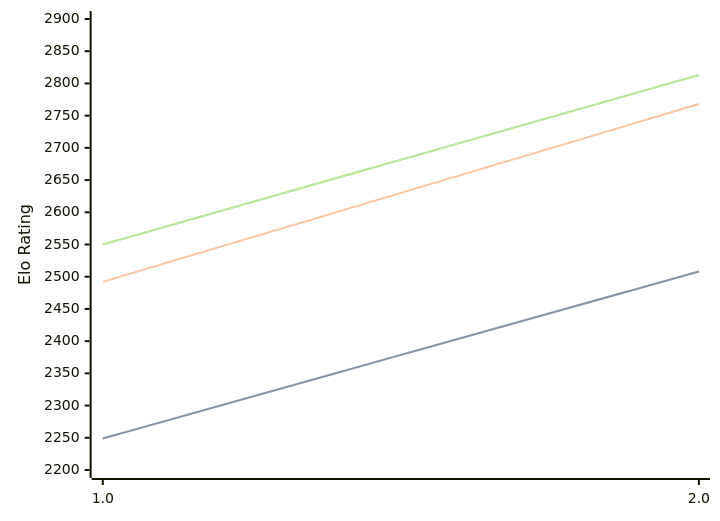
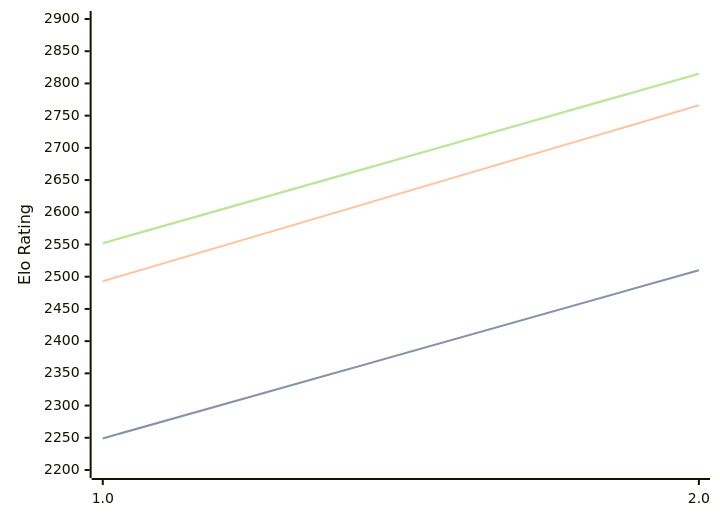
Before and after one commit to computer-chess-index/cci: the diagram in engines/Revolver.md, drawn with Mermaid. The commit also changed other lines of this file, not shown here.

Commit message:
Update CCI Ratings (ELO VLTC) - 2026-06-11

````diff
--- a/engines/Revolver.md
+++ b/engines/Revolver.md
@@ -32,11 +32,11 @@
 ```mermaid
 %%{init: {"theme":"base","themeVariables":{"seriesColors:['#a3a3a3','#222221','#faa371']}}}%%
 xychart-beta
   x-axis ["1.0", "2.0"]
   y-axis "Elo Rating" 2200 --> 2900
-  line "STC (8.0+0.08s)" [2249, 2508]
-  line "STC (8.0+0.08s)" [2249, 2508]
-  line "LTC (60.0+0.60s)" [2492, 2768]
-  line "VLTC (2m24s+1.12s)" [2550, 2813]
-  line "VLTC (2m24s+1.12s)" [2550, 2813]
+  line "STC (8.0+0.08s)" [2249, 2510]
+  line "STC (8.0+0.08s)" [2249, 2510]
+  line "LTC (60.0+0.60s)" [2493, 2766]
+  line "VLTC (2m24s+1.12s)" [2552, 2815]
+  line "VLTC (2m24s+1.12s)" [2552, 2815]
 ```
````
